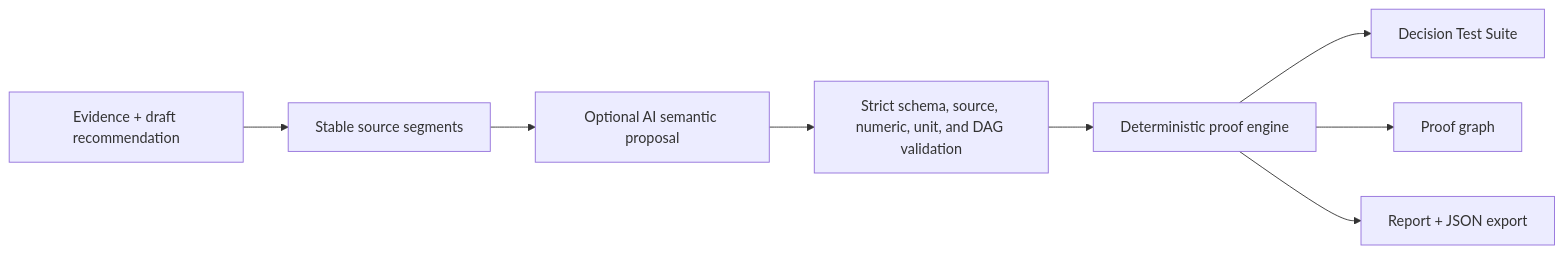
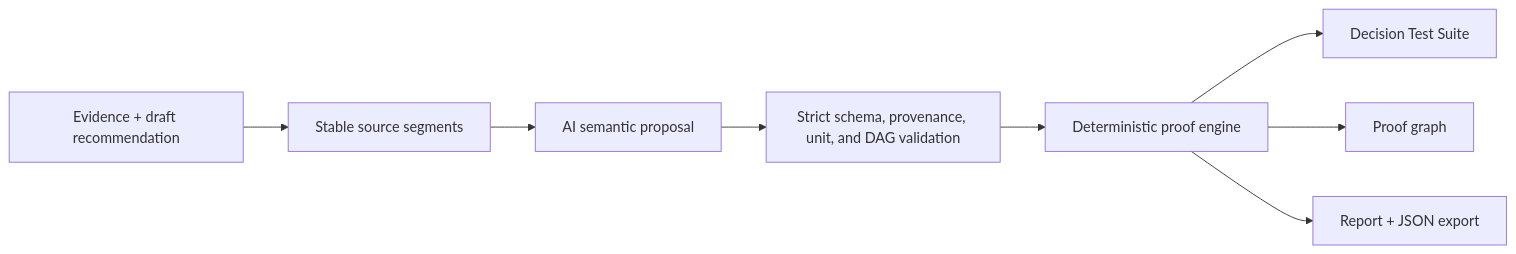
The diagram in README.md (UMBR-A/decispec), drawn with Mermaid before and after one commit. The commit also changed other lines of this file and 47 other files, not shown here.

````diff
--- a/README.md
+++ b/README.md
@@ -56,10 +42,10 @@
 ```mermaid
 flowchart LR
   U["Evidence + draft recommendation"] --> S["Stable source segments"]
-  S --> P["Optional AI semantic proposal"]
-  P --> V["Strict schema, source, numeric, unit, and DAG validation"]
+  S --> P["AI semantic proposal"]
+  P --> V["Strict schema, provenance, unit, and DAG validation"]
   V --> E["Deterministic proof engine"]
   E --> T["Decision Test Suite"]
   E --> G["Proof graph"]
   E --> R["Report + JSON export"]
 ```
````
